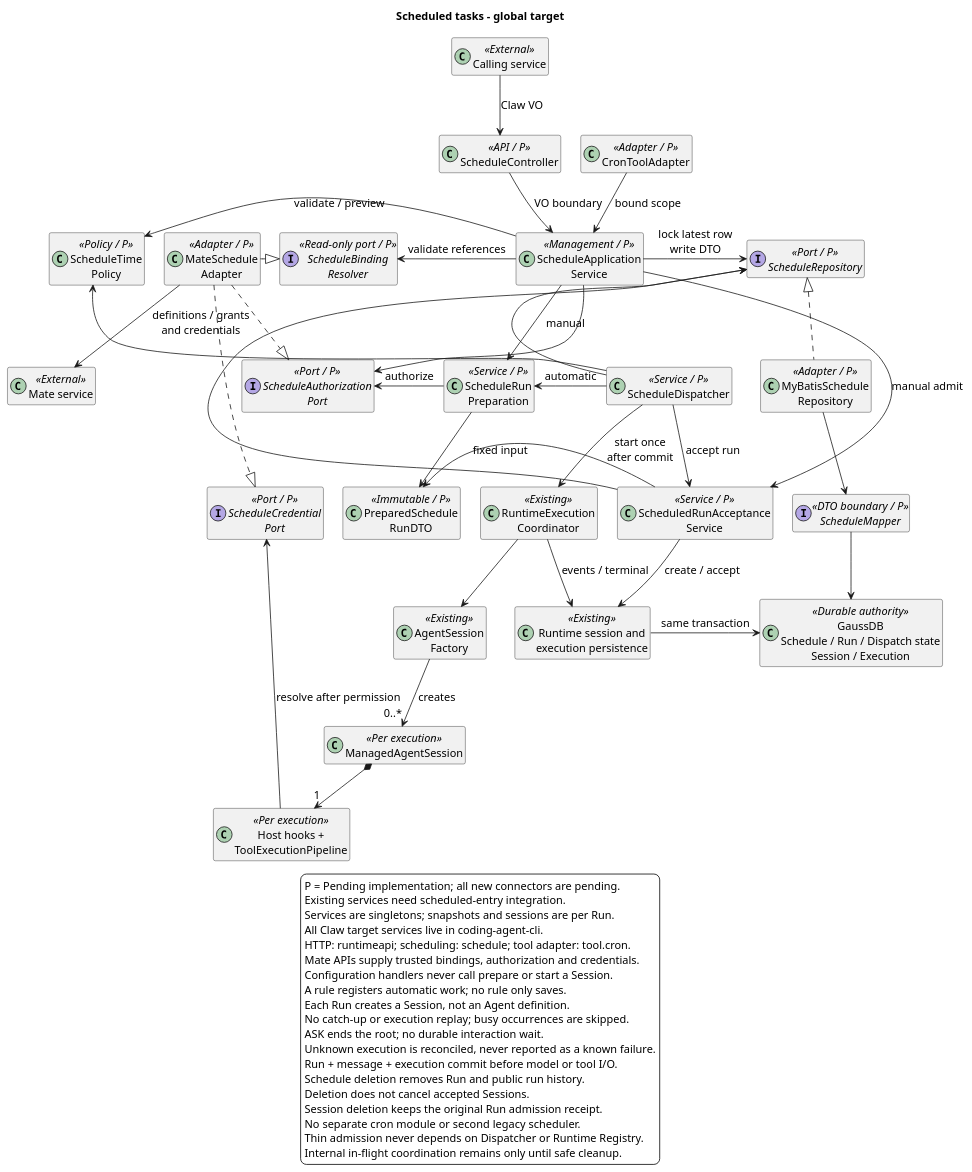
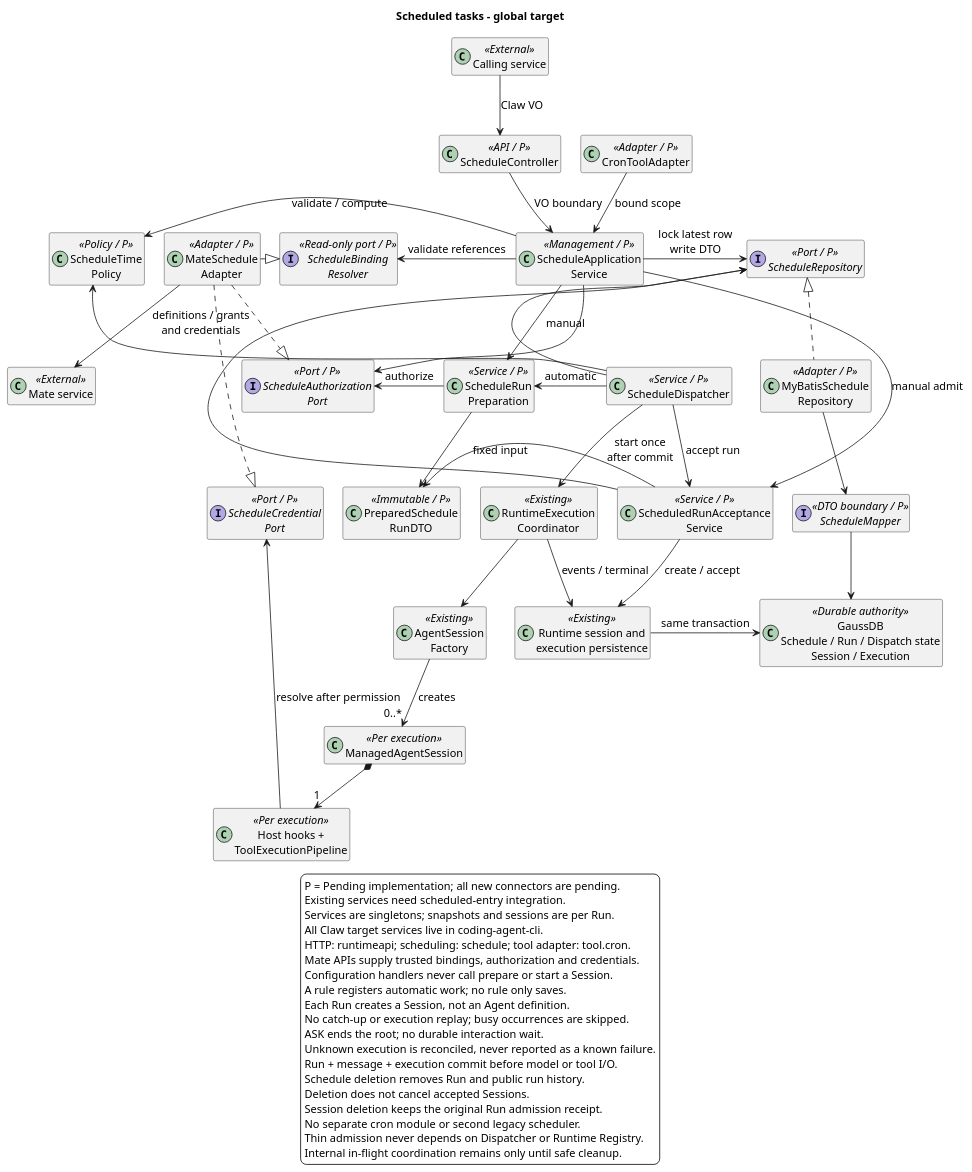
The second of 4 diagrams in 01-总体架构/08-CampusClaw定时任务/diagram.puml (ssm0808/pi-mono-java-design), drawn with PlantUML before and after one commit. The commit also changed 8 other files, not shown here.

Commit message:
docs(schedule): remove standalone time preview API

```diff
--- a/01-总体架构/08-CampusClaw定时任务/diagram.puml
+++ b/01-总体架构/08-CampusClaw定时任务/diagram.puml
@@ -62,103 +62,103 @@
 @startuml scheduled_task_architecture
 ' Baseline: Claude Deployment / Run / Session and run/pause/unpause, checked 2026-10-05, Beta.
 ' Source: modules/cron/src/main/java/com/campusclaw/cron/CronService.java createJob and triggerJob.
 ' Source: modules/coding-agent-cli/src/main/java/com/campusclaw/codingagent/tool/cron/ManagedCronSessionRunner.java execute.
 ' Source: modules/coding-agent-cli/src/main/java/com/campusclaw/codingagent/runtimeapi/event/RuntimeExecutionCoordinator.java start and commitTerminal.
 ' Source: modules/coding-agent-cli/src/main/java/com/campusclaw/codingagent/session/AgentSessionFactory.java create.
 ' Java baseline: 553dcd5e2ff682f9684810a043b442b37a02e54a.
 ' Design reason: preserve API, service, policy, adapter, runtime and durable boundaries.
 ' Product constraint: every Run creates a new Session using the bound Agent definition.
 ' Architecture change: Cron merges into coding-agent-cli; no independent cron artifact.
 ' Source: pom.xml modules; scripts/sync-campusclaw.sh MODULES.
 ' Source: modules/coding-agent-cli/src/main/java/com/campusclaw/codingagent/runtimeapi/runtime/RuntimeSessionEngineRegistry.java createSession.
 ' Source: modules/coding-agent-cli/src/main/java/com/campusclaw/codingagent/tool/cron/AgentScopedCronToolFactory.java create.
 ' Design reason: thin admission has no dependency on the dispatcher or execution registry.
 ' Architecture change: one acceptance path; no existing-session target strategy.
 ' Architecture change: every P node and every connector is Pending implementation.
 title Scheduled tasks - global target
 skinparam backgroundColor white
 skinparam defaultFontSize 14
 skinparam classAttributeIconSize 0
 skinparam nodesep 25
 skinparam ranksep 55
 hide empty members
 class "Calling service" as Caller <<External>>
 class "ScheduleController" as Api <<API / P>>
 class "CronToolAdapter" as Tool <<Adapter / P>>
 class "ScheduleApplication\nService" as App <<Management / P>>
 class "ScheduleDispatcher" as Dispatch <<Service / P>>
 interface "ScheduleAuthorization\nPort" as Auth <<Port / P>>
 interface "ScheduleCredential\nPort" as Credential <<Port / P>>
 class "MateSchedule\nAdapter" as MateAdapter <<Adapter / P>>
 class "Mate service" as Mate <<External>>
 interface "ScheduleBinding\nResolver" as Binding <<Read-only port / P>>
 class "ScheduleTime\nPolicy" as Time <<Policy / P>>
 class "ScheduleRun\nPreparation" as Prepare <<Service / P>>
 class "PreparedSchedule\nRunDTO" as Snapshot <<Immutable / P>>
 interface "ScheduleRepository" as Repo <<Port / P>>
 class "MyBatisSchedule\nRepository" as RepoImpl <<Adapter / P>>
 interface "ScheduleMapper" as Mapper <<DTO boundary / P>>
 class "GaussDB\nSchedule / Run / Dispatch state\nSession / Execution" as Db <<Durable authority>>
 class "ScheduledRunAcceptance\nService" as Accept <<Service / P>>
 class "Runtime session and\nexecution persistence" as Persist <<Existing>>
 class "RuntimeExecution\nCoordinator" as Coordinator <<Existing>>
 class "AgentSession\nFactory" as Factory <<Existing>>
 class "ManagedAgentSession" as Session <<Per execution>>
 class "Host hooks +\nToolExecutionPipeline" as Pipeline <<Per execution>>
 Caller -down-> Api : Claw VO
 Api -down-> App : VO boundary
 App -down-> Prepare : manual
 App -[norank]-> Accept : manual admit
 Tool -down-> App : bound scope
 App -down[hidden]-> Dispatch
 Binding -down[hidden]-> Auth
 Auth -down[hidden]-> Credential
-App -left-> Time : validate / preview
+App -left-> Time : validate / compute
 App -right-> Repo : lock latest row\nwrite DTO
 App -[norank]-> Auth
 App -left-> Binding : validate references
 Dispatch -down-> Accept : accept run
 Dispatch -left-> Prepare : automatic
 Dispatch -[norank]-> Time
 Dispatch -[norank]-> Repo
 Prepare -left-> Auth : authorize
 Pipeline -left-> Credential : resolve after permission
 Prepare -down-> Snapshot
 MateAdapter .right.|> Auth
 MateAdapter .right.|> Binding
 MateAdapter .right.|> Credential
 MateAdapter -down-> Mate : definitions / grants\nand credentials
 Accept -left-> Snapshot : fixed input
 Accept -[norank]-> Repo
 Repo <|.. RepoImpl
 RepoImpl -down-> Mapper
 Mapper -down-> Db
 Accept -down-> Persist : create / accept
 Persist -right-> Db : same transaction
 Dispatch -down-> Coordinator : start once\nafter commit
 Coordinator -right-> Persist : events / terminal
 Coordinator -down-> Factory
 Factory -down-> "0..*" Session : creates
 Session *-down-> "1" Pipeline
 legend bottom
   P = Pending implementation; all new connectors are pending.
   Existing services need scheduled-entry integration.
   Services are singletons; snapshots and sessions are per Run.
   All Claw target services live in coding-agent-cli.
   HTTP: runtimeapi; scheduling: schedule; tool adapter: tool.cron.
   Mate APIs supply trusted bindings, authorization and credentials.
   Configuration handlers never call prepare or start a Session.
   A rule registers automatic work; no rule only saves.
   Each Run creates a Session, not an Agent definition.
   No catch-up or execution replay; busy occurrences are skipped.
   ASK ends the root; no durable interaction wait.
   Unknown execution is reconciled, never reported as a known failure.
   Run + message + execution commit before model or tool I/O.
   Schedule deletion removes Run and public run history.
   Deletion does not cancel accepted Sessions.
   Session deletion keeps the original Run admission receipt.
   No separate cron module or second legacy scheduler.
   Thin admission never depends on Dispatcher or Runtime Registry.
   Internal in-flight coordination remains only until safe cleanup.
 endlegend
 @enduml
```
